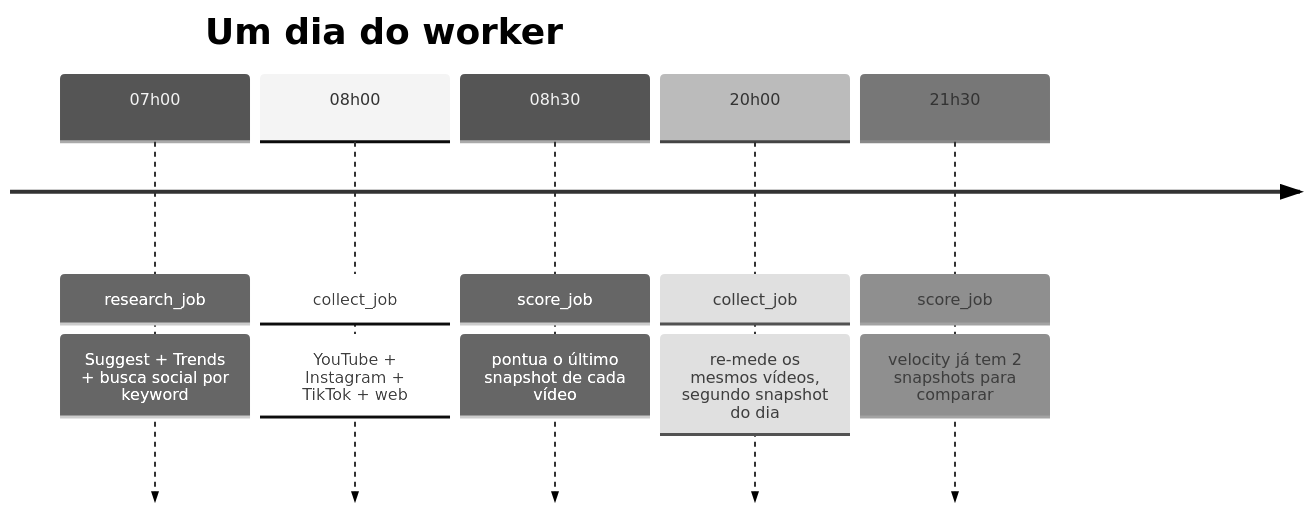
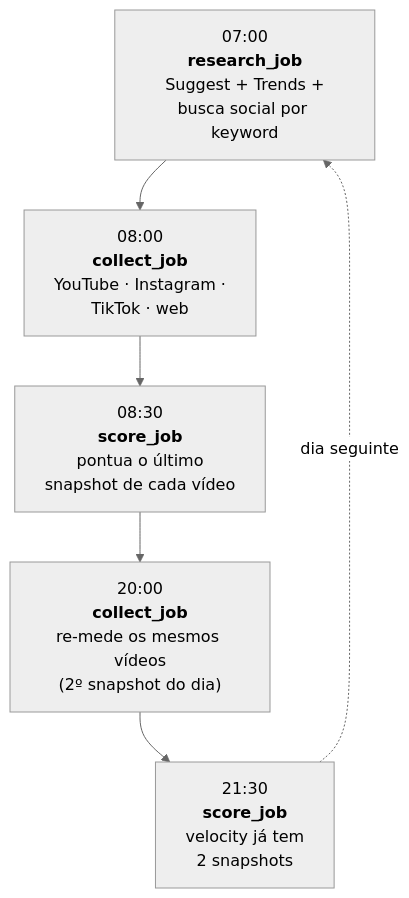
Before and after one commit to leonardodg/content-factory: the second of 7 diagrams in docs/diagram/mapa-do-ciclo.md, drawn with Mermaid (neutral theme). The commit also changed other lines of this file and 3 other files, not shown here.

First line of the commit message:
docs: mermaid nativo do Material (tema claro/escuro) + mapa legível no escuro

````diff
--- a/docs/diagram/mapa-do-ciclo.md
+++ b/docs/diagram/mapa-do-ciclo.md
@@ -57,14 +57,10 @@
 ```mermaid
-timeline
-    title Um dia do worker
-    07h00 : research_job
-          : Suggest + Trends + busca social por keyword
-    08h00 : collect_job
-          : YouTube + Instagram + TikTok + web
-    08h30 : score_job
-          : pontua o último snapshot de cada vídeo
-    20h00 : collect_job
-          : re-mede os mesmos vídeos, segundo snapshot do dia
-    21h30 : score_job
-          : velocity já tem 2 snapshots para comparar
+flowchart TD
+    T1["07:00<br/><b>research_job</b><br/>Suggest + Trends +<br/>busca social por keyword"]
+    T2["08:00<br/><b>collect_job</b><br/>YouTube · Instagram ·<br/>TikTok · web"]
+    T3["08:30<br/><b>score_job</b><br/>pontua o último<br/>snapshot de cada vídeo"]
+    T4["20:00<br/><b>collect_job</b><br/>re-mede os mesmos vídeos<br/>(2º snapshot do dia)"]
+    T5["21:30<br/><b>score_job</b><br/>velocity já tem<br/>2 snapshots"]
+    T1 --> T2 --> T3 --> T4 --> T5
+    T5 -. "dia seguinte" .-> T1
 ```
````
